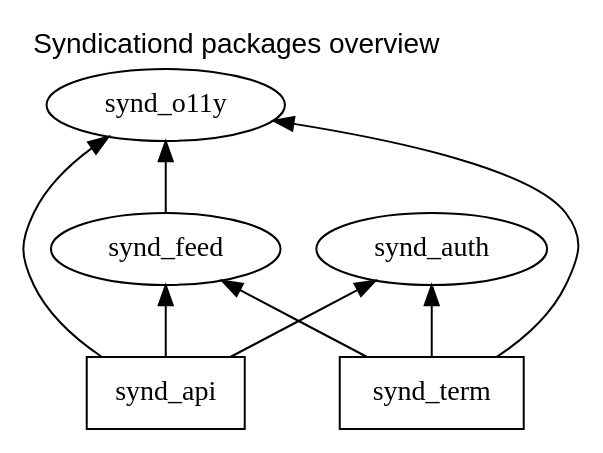
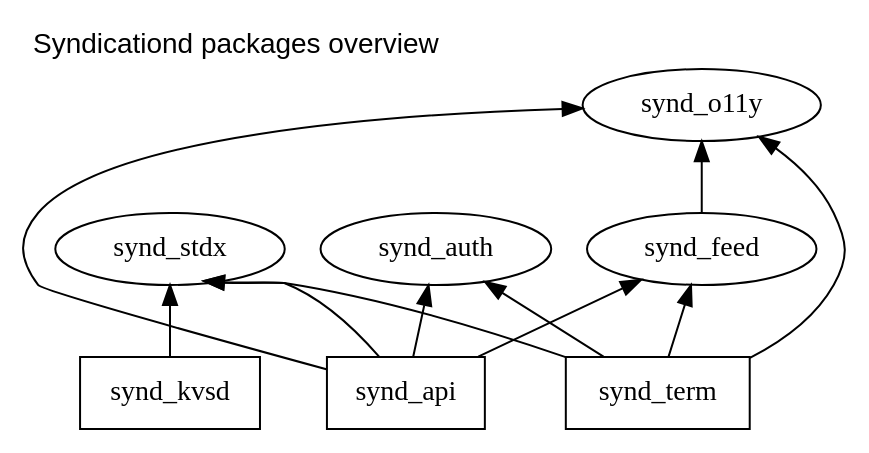
The diagram in etc/dot/packages.dot (ymgyt/syndicationd), drawn with Graphviz before and after one commit. The commit also changed 3 other files, not shown here.

```diff
--- a/etc/dot/packages.dot
+++ b/etc/dot/packages.dot
@@ -1,29 +1,35 @@
 digraph {
     graph [
         layout=dot,
         rankdir=BT,
         label="Syndicationd packages overview",
         labelloc="top", // t(top) | b(bottom)
         labeljust="left", // l(left) | c(center) | r(right)
         fontname="Helvetica,Arial,sans-serif"
         compound=true; 
         newrank=true
     ];
 
+    stdx [ label="synd_stdx" ]
     o11y [ label="synd_o11y" ]
     auth [ label="synd_auth" ]
     feed [ label="synd_feed" ]
 
+    kvsd [ label="synd_kvsd", shape="box" ]
     term [ label="synd_term", shape="box" ]
     api  [ label="synd_api", shape="box" ]
 
+    kvsd -> stdx [ headport="s" ]
+
     feed -> o11y
 
+    term -> stdx [ headport="se" ]
     term -> o11y
     term -> auth
     term -> feed
 
+    api  -> stdx [ headport="se" ]
     api  -> o11y
     api  -> auth
     api  -> feed
 }
```
